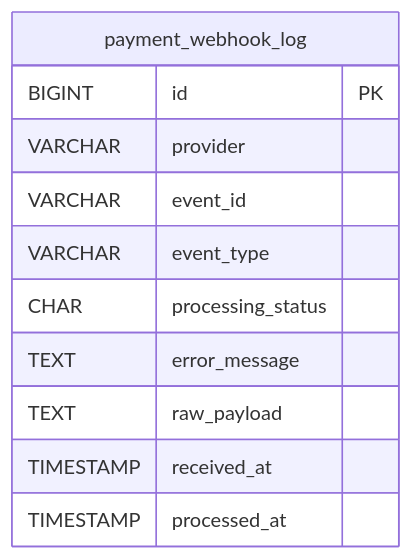
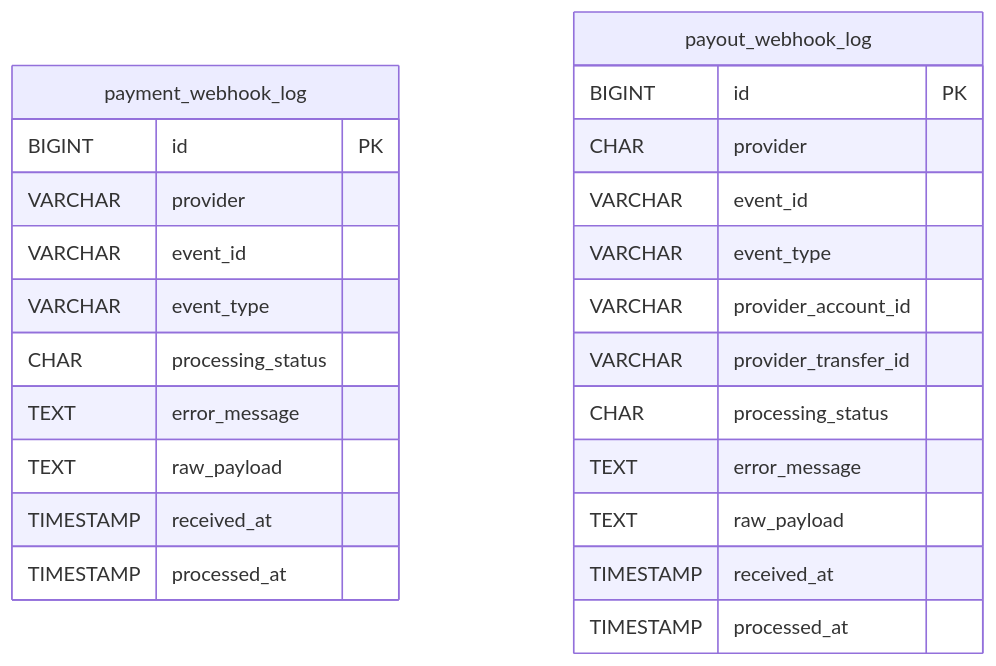
Before and after one commit to nauticana/keel: diagram 12 of 14 in README.md, drawn with Mermaid. The commit also changed other lines of this file and 30 other files, not shown here.

````diff
--- a/README.md
+++ b/README.md
@@ -2232,14 +2236,27 @@
 ```mermaid
 erDiagram
     payment_webhook_log {
         BIGINT id PK
         VARCHAR provider
         VARCHAR event_id
         VARCHAR event_type
         CHAR processing_status
         TEXT error_message
         TEXT raw_payload
         TIMESTAMP received_at
         TIMESTAMP processed_at
     }
+    payout_webhook_log {
+        BIGINT id PK
+        CHAR provider
+        VARCHAR event_id
+        VARCHAR event_type
+        VARCHAR provider_account_id
+        VARCHAR provider_transfer_id
+        CHAR processing_status
+        TEXT error_message
+        TEXT raw_payload
+        TIMESTAMP received_at
+        TIMESTAMP processed_at
+    }
 ```
````
